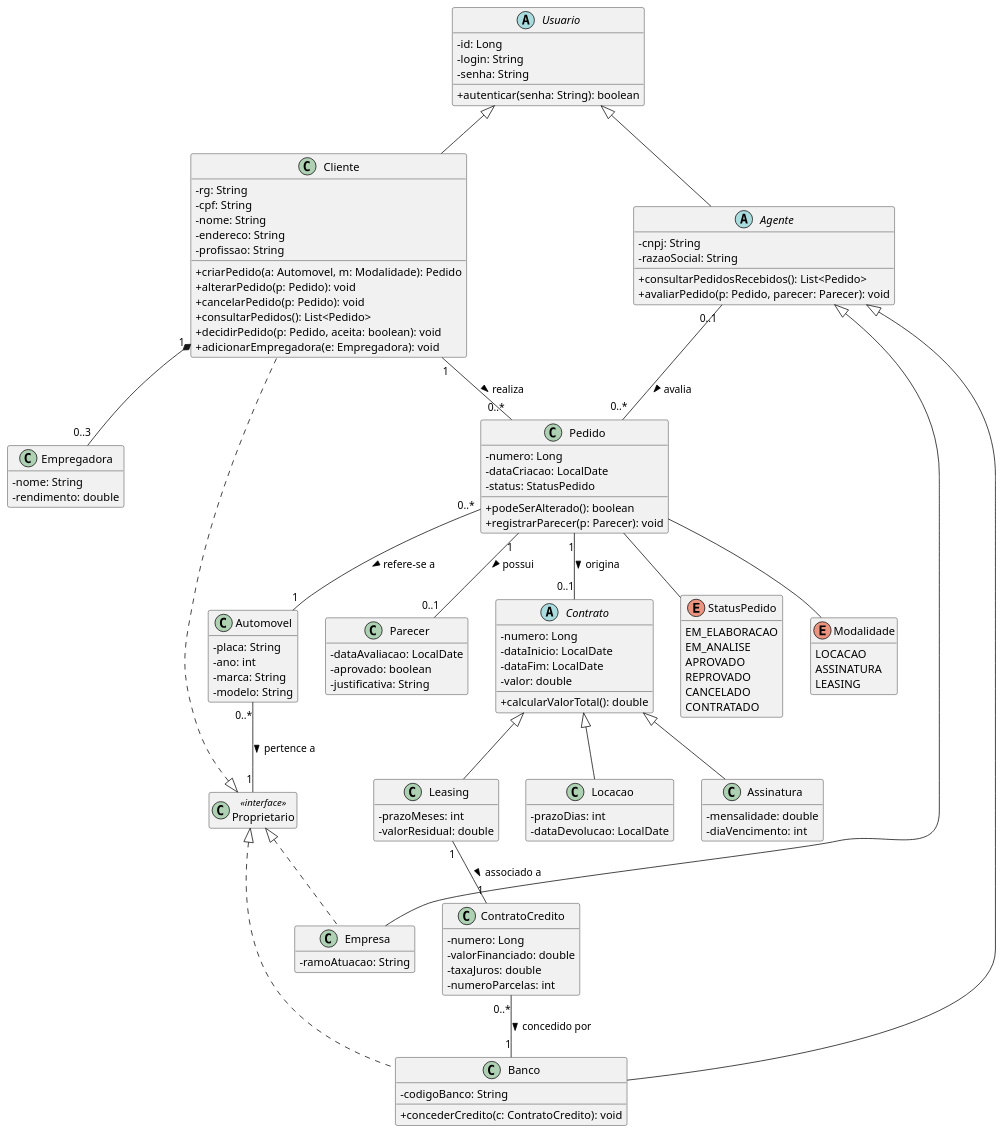
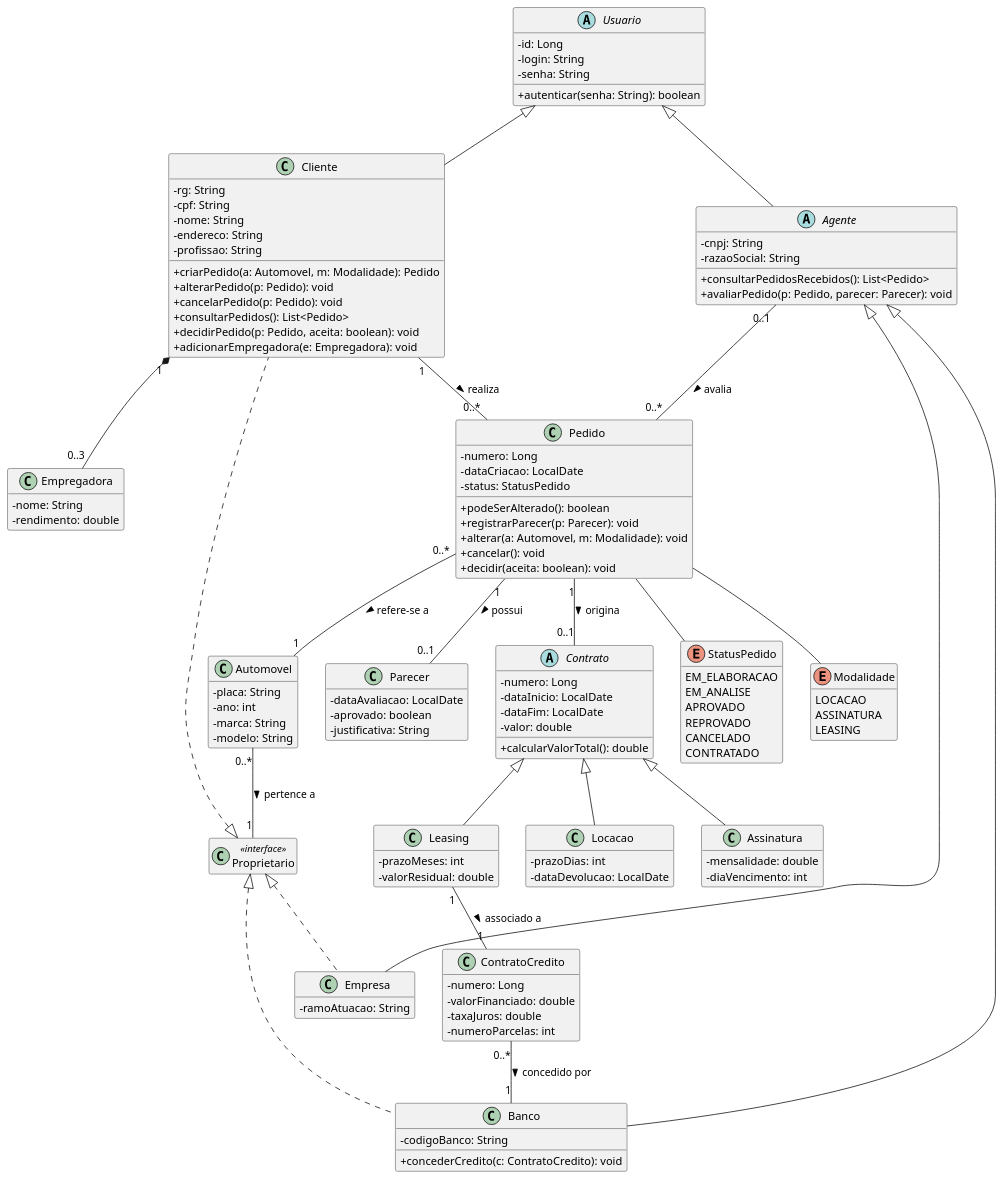
The diagram in docs/diagramas/classes.puml (fillmello/lab02-aluguel-carros), drawn with PlantUML before and after one commit. The commit also changed 30 other files, not shown here.

```diff
--- a/docs/diagramas/classes.puml
+++ b/docs/diagramas/classes.puml
@@ -1,141 +1,144 @@
 @startuml diagrama_de_classes
 skinparam classAttributeIconSize 0
 hide empty members
 
 abstract class Usuario {
   - id: Long
   - login: String
   - senha: String
   + autenticar(senha: String): boolean
 }
 
 class Cliente {
   - rg: String
   - cpf: String
   - nome: String
   - endereco: String
   - profissao: String
   + criarPedido(a: Automovel, m: Modalidade): Pedido
   + alterarPedido(p: Pedido): void
   + cancelarPedido(p: Pedido): void
   + consultarPedidos(): List<Pedido>
   + decidirPedido(p: Pedido, aceita: boolean): void
   + adicionarEmpregadora(e: Empregadora): void
 }
 
 abstract class Agente {
   - cnpj: String
   - razaoSocial: String
   + consultarPedidosRecebidos(): List<Pedido>
   + avaliarPedido(p: Pedido, parecer: Parecer): void
 }
 
 class Empresa {
   - ramoAtuacao: String
 }
 
 class Banco {
   - codigoBanco: String
   + concederCredito(c: ContratoCredito): void
 }
 
 class Empregadora {
   - nome: String
   - rendimento: double
 }
 
 class Automovel {
   - placa: String
   - ano: int
   - marca: String
   - modelo: String
 }
 
 class Proprietario <<interface>> {
 }
 
 class Pedido {
   - numero: Long
   - dataCriacao: LocalDate
   - status: StatusPedido
   + podeSerAlterado(): boolean
   + registrarParecer(p: Parecer): void
+  + alterar(a: Automovel, m: Modalidade): void
+  + cancelar(): void
+  + decidir(aceita: boolean): void
 }
 
 class Parecer {
   - dataAvaliacao: LocalDate
   - aprovado: boolean
   - justificativa: String
 }
 
 abstract class Contrato {
   - numero: Long
   - dataInicio: LocalDate
   - dataFim: LocalDate
   - valor: double
   + calcularValorTotal(): double
 }
 
 class Locacao {
   - prazoDias: int
   - dataDevolucao: LocalDate
 }
 
 class Assinatura {
   - mensalidade: double
   - diaVencimento: int
 }
 
 class Leasing {
   - prazoMeses: int
   - valorResidual: double
 }
 
 class ContratoCredito {
   - numero: Long
   - valorFinanciado: double
   - taxaJuros: double
   - numeroParcelas: int
 }
 
 enum StatusPedido {
   EM_ELABORACAO
   EM_ANALISE
   APROVADO
   REPROVADO
   CANCELADO
   CONTRATADO
 }
 
 enum Modalidade {
   LOCACAO
   ASSINATURA
   LEASING
 }
 
 Usuario <|-- Cliente
 Usuario <|-- Agente
 Agente <|-- Empresa
 Agente <|-- Banco
 
 Cliente "1" *-- "0..3" Empregadora
 Cliente "1" -- "0..*" Pedido : realiza >
 Agente "0..1" -- "0..*" Pedido : avalia >
 Pedido "1" -- "0..1" Parecer : possui >
 Pedido "0..*" -- "1" Automovel : refere-se a >
 Pedido "1" -- "0..1" Contrato : origina >
 Pedido -- Modalidade
 Pedido -- StatusPedido
 
 Contrato <|-- Locacao
 Contrato <|-- Assinatura
 Contrato <|-- Leasing
 
 Leasing "1" -- "1" ContratoCredito : associado a >
 ContratoCredito "0..*" -- "1" Banco : concedido por >
 
 Proprietario <|.. Cliente
 Proprietario <|.. Empresa
 Proprietario <|.. Banco
 Automovel "0..*" -- "1" Proprietario : pertence a >
 @enduml
```
